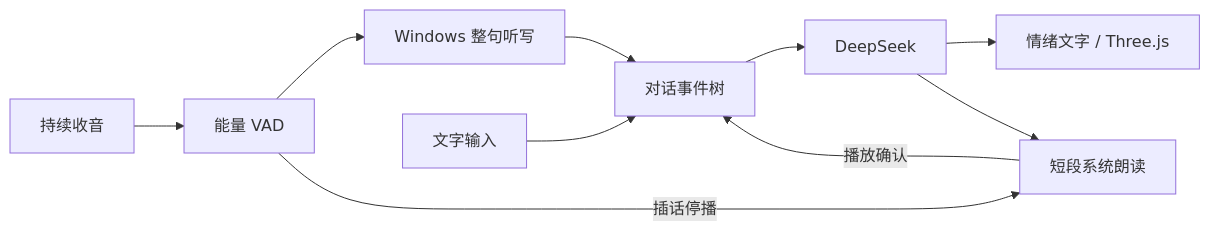
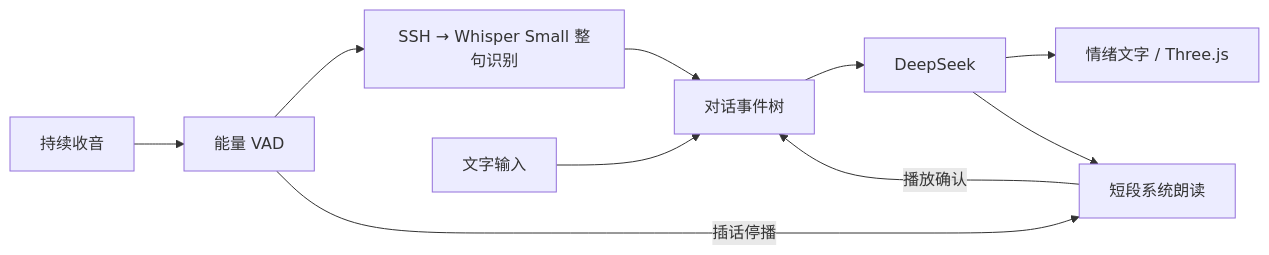
Before and after one commit to wuki-creator/Xim-duplex: the diagram in README.md, drawn with Mermaid. The commit also changed other lines of this file and 16 other files, not shown here.

Commit message:
Replace failing speech recognition and update live model flow

````diff
--- a/README.md
+++ b/README.md
@@ -13,12 +13,12 @@
 ```mermaid
 flowchart LR
     MIC[持续收音] --> VAD[能量 VAD]
-    VAD --> ASR[Windows 整句听写]
+    VAD --> ASR[SSH → Whisper Small 整句识别]
     ASR --> STATE[对话事件树]
     TEXT[文字输入] --> STATE
     STATE --> LLM[DeepSeek]
     LLM --> UI[情绪文字 / Three.js]
     LLM --> TTS[短段系统朗读]
     TTS -->|播放确认| STATE
     VAD -->|插话停播| TTS
 ```
````
